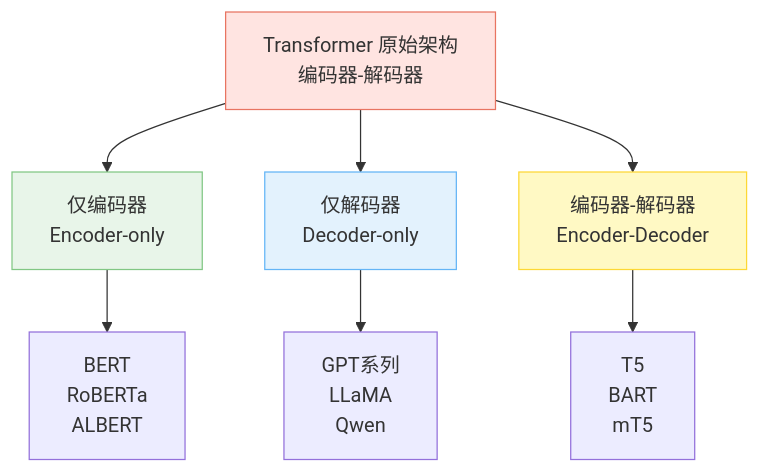
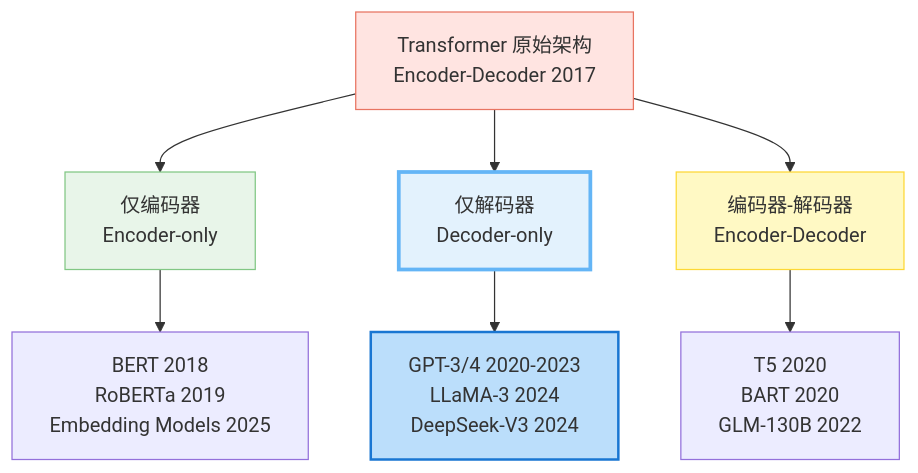
Before and after one commit to LordFoxFairy/NiKo-NoteBook: the first of 2 diagrams in 大模型笔记/第二部分：Transformer架构揭秘/第2章_模型家族谱系：从编码器到解码器.md, drawn with Mermaid. The commit also changed other lines of this file and 28 other files, not shown here.

````diff
--- a/大模型笔记/第二部分：Transformer架构揭秘/第2章_模型家族谱系：从编码器到解码器.md
+++ b/大模型笔记/第二部分：Transformer架构揭秘/第2章_模型家族谱系：从编码器到解码器.md
@@ -9,15 +41,16 @@
 ```mermaid
 graph TD
-    A[Transformer 原始架构<br>编码器-解码器] --> B[仅编码器<br>Encoder-only]
+    A[Transformer 原始架构<br>Encoder-Decoder 2017] --> B[仅编码器<br>Encoder-only]
     A --> C[仅解码器<br>Decoder-only]
     A --> D[编码器-解码器<br>Encoder-Decoder]
 
-    B --> B1[BERT<br>RoBERTa<br>ALBERT]
-    C --> C1[GPT系列<br>LLaMA<br>Qwen]
-    D --> D1[T5<br>BART<br>mT5]
+    B --> B1[BERT 2018<br>RoBERTa 2019<br>Embedding Models 2025]
+    C --> C1[GPT-3/4 2020-2023<br>LLaMA-3 2024<br>DeepSeek-V3 2024]
+    D --> D1[T5 2020<br>BART 2020<br>GLM-130B 2022]
 
     style A fill:#FFE4E1,stroke:#E87461
     style B fill:#E8F5E9,stroke:#81C784
-    style C fill:#E3F2FD,stroke:#64B5F6
+    style C fill:#E3F2FD,stroke:#64B5F6,stroke-width:3px
     style D fill:#FFF9C4,stroke:#FDD835
+    style C1 fill:#BBDEFB,stroke:#1976D2,stroke-width:2px
 ```
````
